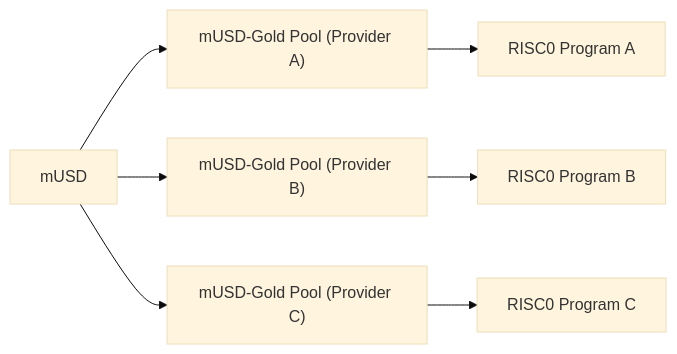
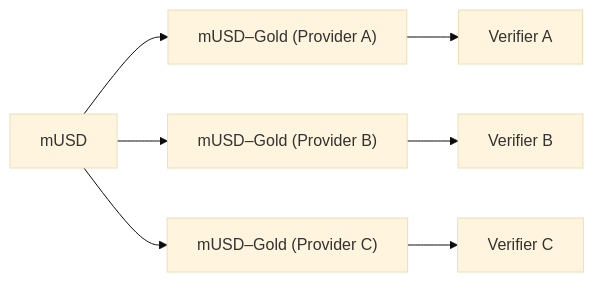
One commit to yehia67/mantle-usd changed the fourth of 5 diagrams in README.md. Above: the diagram before and after it, drawn with Mermaid (base theme). The commit also changed other lines of this file, not shown here.

````diff
--- a/README.md
+++ b/README.md
@@ -206,9 +207,10 @@
 ```mermaid
 flowchart LR
-    mUSD --> GoldPoolA["mUSD-Gold Pool (Provider A)"]
-    mUSD --> GoldPoolB["mUSD-Gold Pool (Provider B)"]
-    mUSD --> GoldPoolC["mUSD-Gold Pool (Provider C)"]
-    GoldPoolA --> VerifierA[RISC0 Program A]
-    GoldPoolB --> VerifierB[RISC0 Program B]
-    GoldPoolC --> VerifierC[RISC0 Program C]
+    mUSD --> GoldPoolA["mUSD–Gold (Provider A)"]
+    mUSD --> GoldPoolB["mUSD–Gold (Provider B)"]
+    mUSD --> GoldPoolC["mUSD–Gold (Provider C)"]
+
+    GoldPoolA --> VerifierA["Verifier A"]
+    GoldPoolB --> VerifierB["Verifier B"]
+    GoldPoolC --> VerifierC["Verifier C"]
 ```
````
